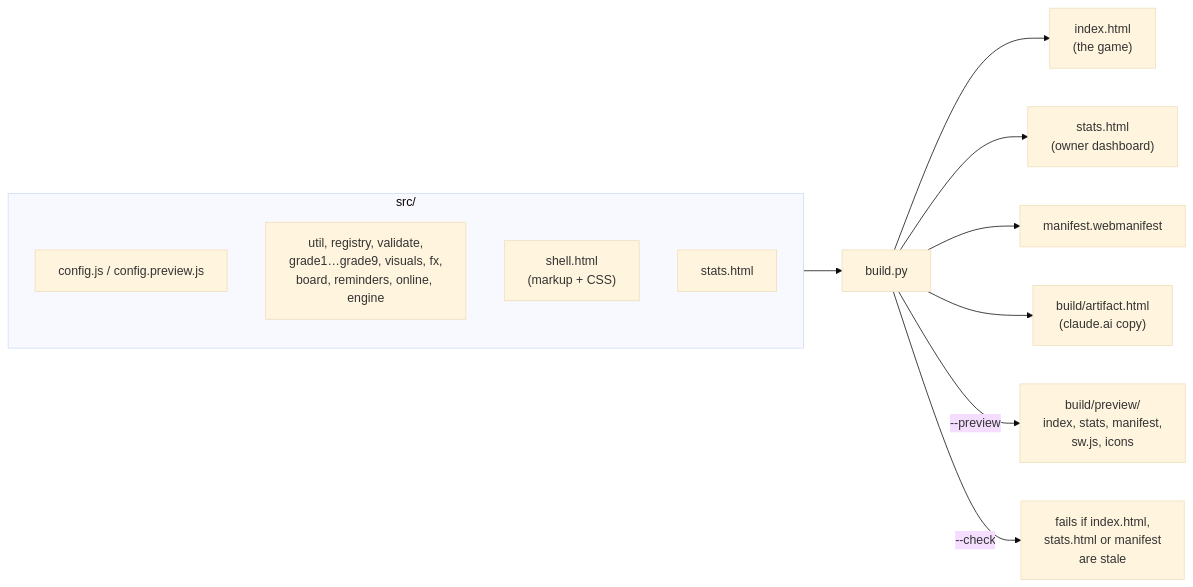
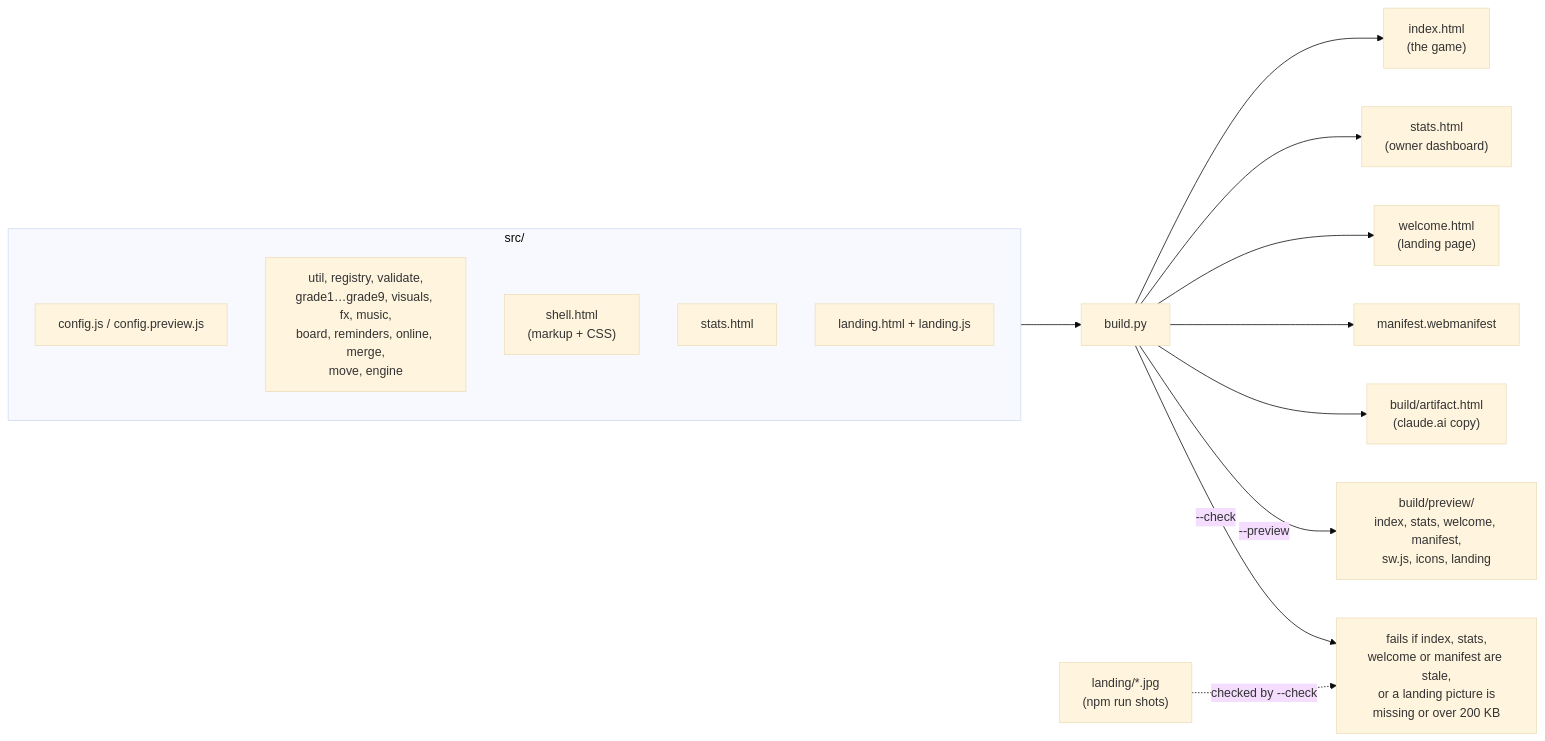
One commit to Rendorf/play-more-learn-more changed the first of 4 diagrams in docs/technology/architecture.md. Above: the diagram before and after it, drawn with Mermaid (base theme). The commit also changed other lines of this file and 56 other files, not shown here.

First line of the commit message:
Add the pmlm.uk landing page and move the game to play.pmlm.uk

````diff
--- a/docs/technology/architecture.md
+++ b/docs/technology/architecture.md
@@ -21,17 +21,21 @@
 ```mermaid
 flowchart LR
   subgraph src["src/"]
     cfg["config.js / config.preview.js"]
-    js["util, registry, validate,<br>grade1…grade9, visuals, fx,<br>board, reminders, online, engine"]
+    js["util, registry, validate,<br>grade1…grade9, visuals, fx, music,<br>board, reminders, online, merge,<br>move, engine"]
     shell["shell.html<br>(markup + CSS)"]
     stats["stats.html"]
+    land["landing.html + landing.js"]
   end
+  pics["landing/*.jpg<br>(npm run shots)"]
   build["build.py"]
   src --> build
   build --> idx["index.html<br>(the game)"]
   build --> st["stats.html<br>(owner dashboard)"]
+  build --> wel["welcome.html<br>(landing page)"]
   build --> man["manifest.webmanifest"]
   build --> art["build/artifact.html<br>(claude.ai copy)"]
-  build -- "--preview" --> prev["build/preview/<br>index, stats, manifest,<br>sw.js, icons"]
-  build -- "--check" --> chk["fails if index.html,<br>stats.html or manifest<br>are stale"]
+  build -- "--preview" --> prev["build/preview/<br>index, stats, welcome, manifest,<br>sw.js, icons, landing"]
+  build -- "--check" --> chk["fails if index, stats,<br>welcome or manifest are stale,<br>or a landing picture is<br>missing or over 200 KB"]
+  pics -. "checked by --check" .-> chk
 ```
````
